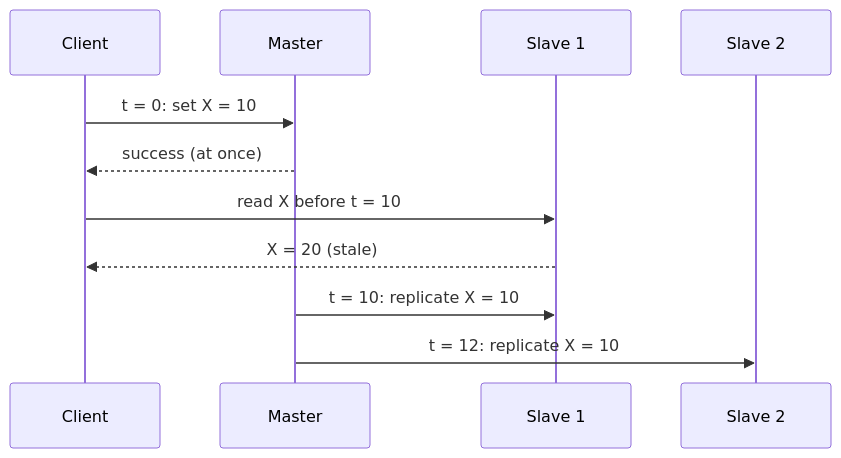
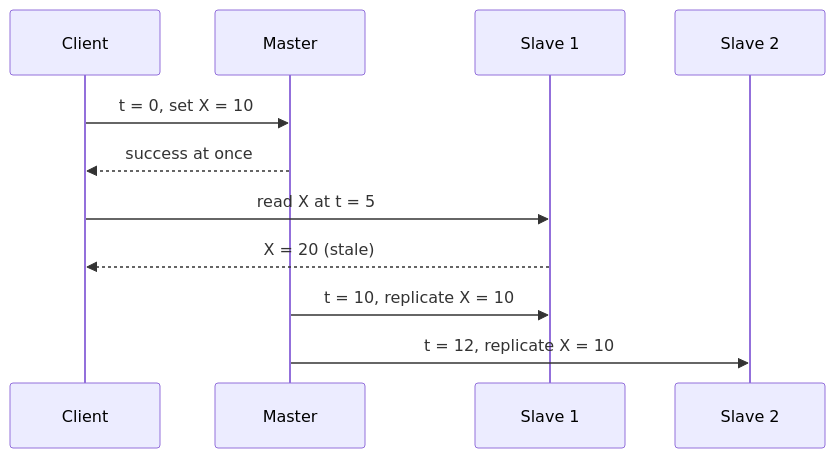
Before and after one commit to aaryan-pradhan/core-cs-fundamentals: the third of 6 diagrams in dbms/21-master-slave.md, drawn with Mermaid. The commit also changed other lines of this file, not shown here.

````diff
--- a/dbms/21-master-slave.md
+++ b/dbms/21-master-slave.md
@@ -59,13 +44,13 @@
-     ```mermaid
-     sequenceDiagram
-       participant C as Client
-       participant M as Master
-       participant S1 as Slave 1
-       participant S2 as Slave 2
-       C->>M: t = 0: set X = 10
-       M-->>C: success (at once)
-       C->>S1: read X before t = 10
-       S1-->>C: X = 20 (stale)
-       M->>S1: t = 10: replicate X = 10
-       M->>S2: t = 12: replicate X = 10
-     ```
+```mermaid
+sequenceDiagram
+  participant C as Client
+  participant M as Master
+  participant S1 as Slave 1
+  participant S2 as Slave 2
+  C->>M: t = 0, set X = 10
+  M-->>C: success at once
+  C->>S1: read X at t = 5
+  S1-->>C: X = 20 (stale)
+  M->>S1: t = 10, replicate X = 10
+  M->>S2: t = 12, replicate X = 10
+```
````
